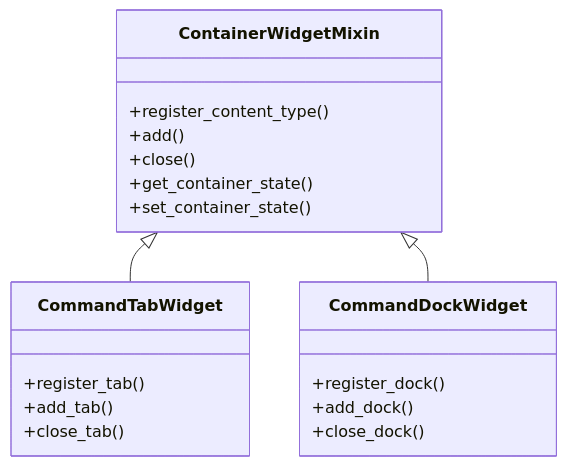
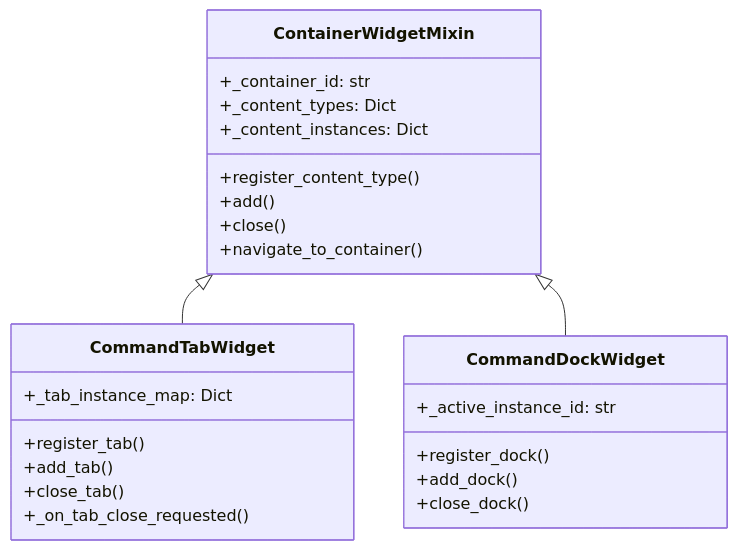
Before and after one commit to maro7tigre/PySignalDecipher: the third of 4 diagrams in command_system/docs/dynamic_containers.md, drawn with Mermaid. The commit also changed other lines of this file and 5 other files, not shown here.

````diff
--- a/command_system/docs/dynamic_containers.md
+++ b/command_system/docs/dynamic_containers.md
@@ -79,25 +120,30 @@
 ```mermaid
 classDiagram
     class ContainerWidgetMixin {
+        +_container_id: str
+        +_content_types: Dict
+        +_content_instances: Dict
         +register_content_type()
         +add()
         +close()
-        +get_container_state()
-        +set_container_state()
+        +navigate_to_container()
     }
     
     class CommandTabWidget {
+        +_tab_instance_map: Dict
         +register_tab()
         +add_tab()
         +close_tab()
+        +_on_tab_close_requested()
     }
     
     class CommandDockWidget {
+        +_active_instance_id: str
         +register_dock()
         +add_dock()
         +close_dock()
     }
     
     ContainerWidgetMixin <|-- CommandTabWidget
     ContainerWidgetMixin <|-- CommandDockWidget
 ```
````
